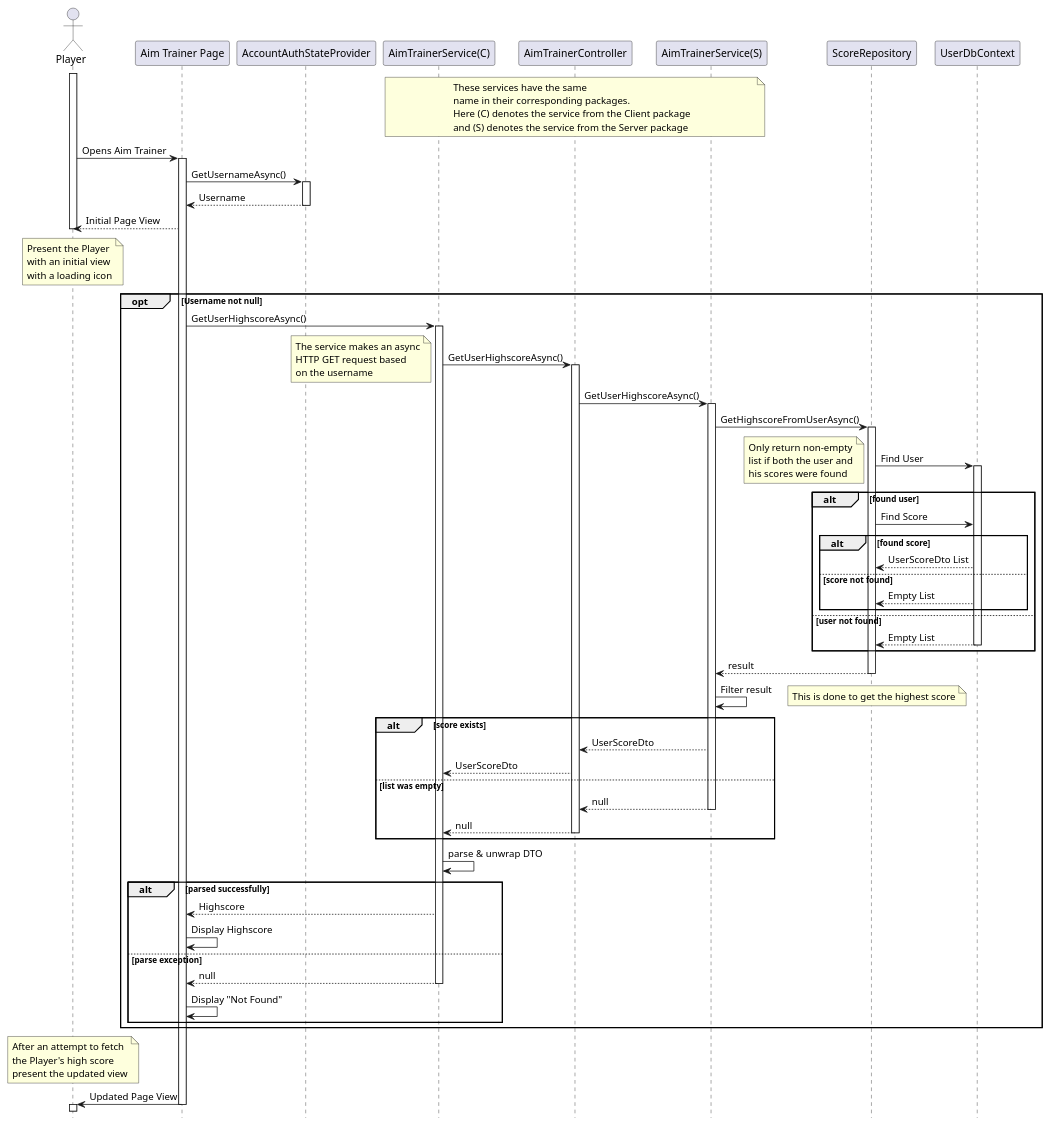
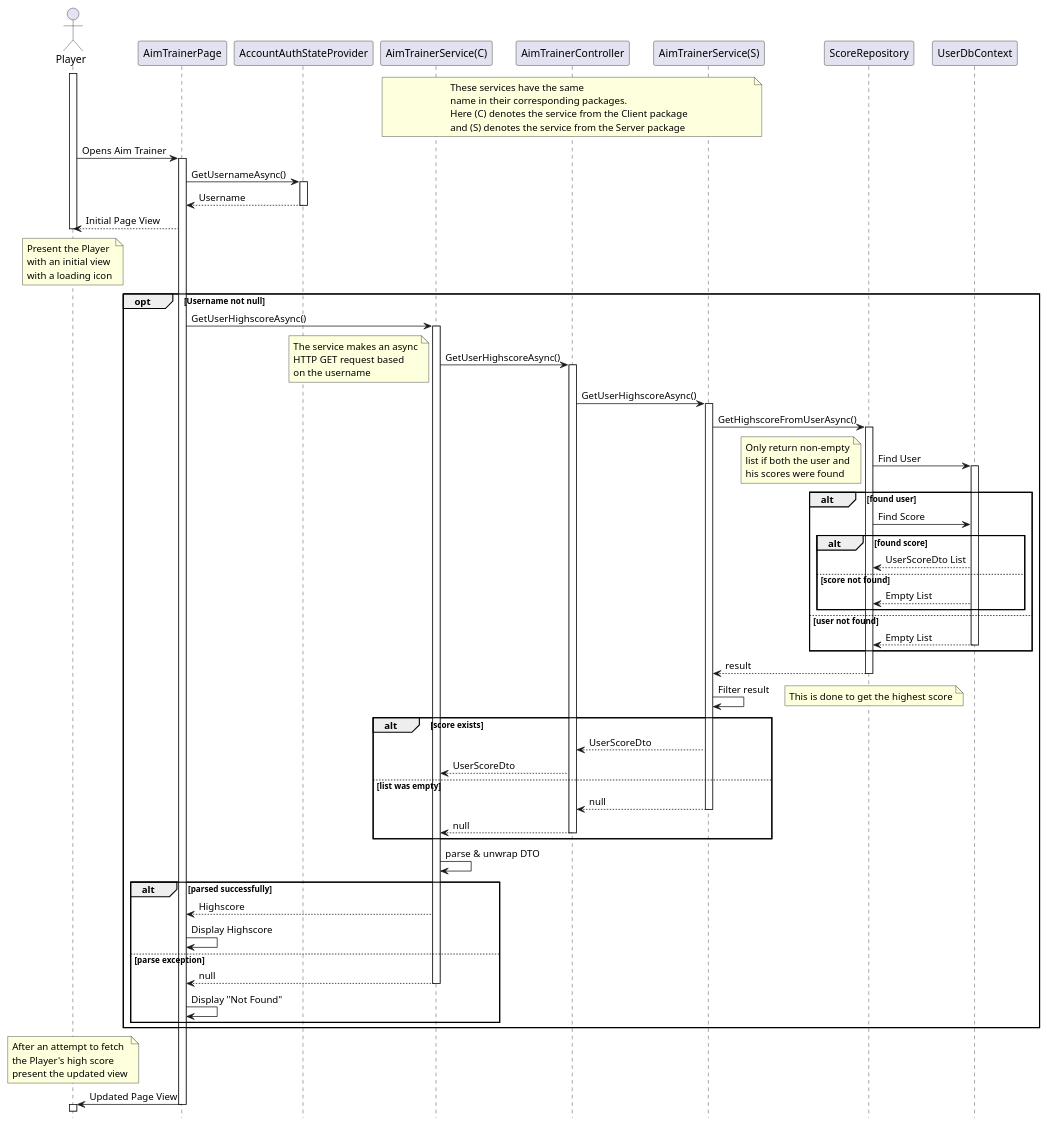
One commit to Cryptic5/itsSoOverlief changed the diagram in Diagrams/aim_trainer_page_sequence.puml. Above: the diagram before and after it, drawn with PlantUML. The commit also changed 8 other files, not shown here.

```diff
--- a/Diagrams/aim_trainer_page_sequence.puml
+++ b/Diagrams/aim_trainer_page_sequence.puml
@@ -1,118 +1,118 @@
 @startuml
 hide footbox
 actor Player
-participant "Aim Trainer Page" as Page
+participant "AimTrainerPage" as Page
 participant "AccountAuthStateProvider" as AccountAuthStateProvider
 participant "AimTrainerService(C)" as ClientService
 participant AimTrainerController
 participant "AimTrainerService(S)" as ServerService
 participant ScoreRepository
 
 note over ClientService, ServerService
     These services have the same
     name in their corresponding packages.
     Here (C) denotes the service from the Client package
     and (S) denotes the service from the Server package
 end note
 
 activate Player
 Player -> Page : Opens Aim Trainer
 
 activate Page
 Page -> AccountAuthStateProvider : GetUsernameAsync()
 activate AccountAuthStateProvider
 Page <-- AccountAuthStateProvider : Username
 deactivate AccountAuthStateProvider
 Player <-- Page : Initial Page View
 note over Player
     Present the Player
     with an initial view
     with a loading icon
 end note
 deactivate Player
 
 opt Username not null
     Page -> ClientService : GetUserHighscoreAsync()
     activate ClientService
 
     ClientService -> AimTrainerController : GetUserHighscoreAsync()
     activate AimTrainerController
 
     note top
     The service makes an async
     HTTP GET request based
     on the username
     end note
 
     AimTrainerController -> ServerService : GetUserHighscoreAsync()
     activate ServerService
 
     ServerService -> ScoreRepository : GetHighscoreFromUserAsync()
     activate ScoreRepository
 
     ScoreRepository -> UserDbContext : Find User
     activate UserDbContext
 
     note left
     Only return non-empty
     list if both the user and
     his scores were found
     end note
 
     alt found user
         ScoreRepository -> UserDbContext : Find Score
 
         alt found score
 
         ScoreRepository <-- UserDbContext : UserScoreDto List
 
         else score not found
 
         ScoreRepository <-- UserDbContext : Empty List
 
         end
 
     else user not found
         ScoreRepository <-- UserDbContext : Empty List
         deactivate UserDbContext
     end
 
     ServerService <-- ScoreRepository : result
     deactivate ScoreRepository
     ServerService -> ServerService : Filter result
     note right : This is done to get the highest score
 
     alt score exists
         AimTrainerController <-- ServerService : UserScoreDto
         ClientService <-- AimTrainerController : UserScoreDto
     else list was empty
         AimTrainerController <-- ServerService : null
         deactivate ServerService
         ClientService <-- AimTrainerController : null
         deactivate AimTrainerController
     end
 
     ClientService -> ClientService : parse & unwrap DTO
 
     alt parsed successfully
         Page <-- ClientService : Highscore
         Page -> Page : Display Highscore
     else parse exception
         Page <-- ClientService : null
         deactivate ClientService
         Page -> Page : Display "Not Found"
     end
 
 end
 
 note over Player
     After an attempt to fetch
     the Player's high score
     present the updated view
 end note
 
 Player <- Page : Updated Page View
 deactivate Page
 activate Player
 deactivate Player
 @enduml
```
